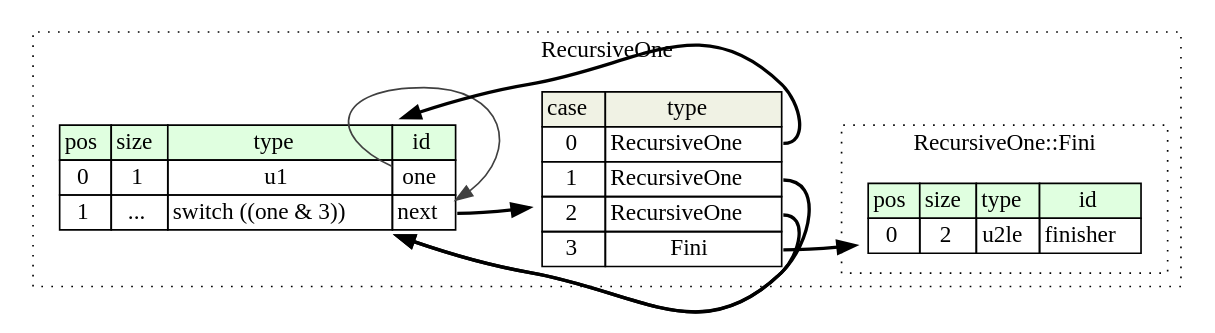
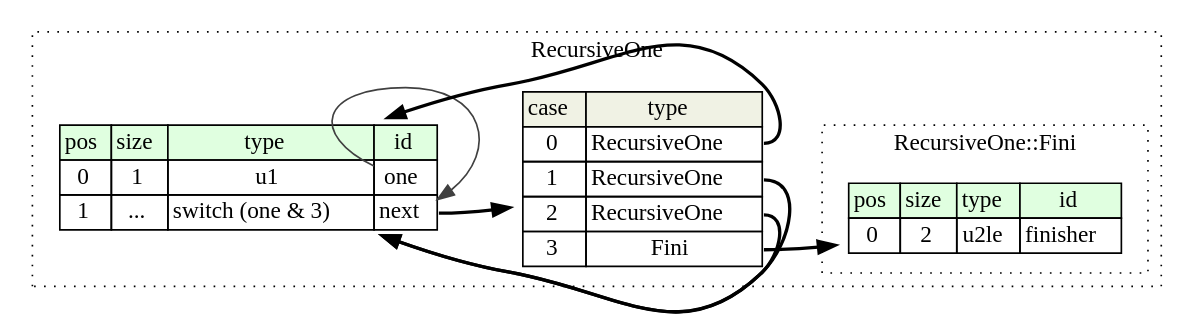
The diagram in compiled/graphviz/recursive_one.dot (kaitai-io/ci_targets), drawn with Graphviz before and after one commit. The commit also changed 530 other files, not shown here.

```diff
--- a/compiled/graphviz/recursive_one.dot
+++ b/compiled/graphviz/recursive_one.dot
@@ -1,36 +1,36 @@
 digraph {
 	rankdir=LR;
 	node [shape=plaintext];
 	subgraph cluster__recursive_one {
 		label="RecursiveOne";
 		graph[style=dotted];
 
 		recursive_one__seq [label=<<TABLE BORDER="0" CELLBORDER="1" CELLSPACING="0">
 			<TR><TD BGCOLOR="#E0FFE0">pos</TD><TD BGCOLOR="#E0FFE0">size</TD><TD BGCOLOR="#E0FFE0">type</TD><TD BGCOLOR="#E0FFE0">id</TD></TR>
 			<TR><TD PORT="one_pos">0</TD><TD PORT="one_size">1</TD><TD>u1</TD><TD PORT="one_type">one</TD></TR>
-			<TR><TD PORT="next_pos">1</TD><TD PORT="next_size">...</TD><TD>switch ((one &amp; 3))</TD><TD PORT="next_type">next</TD></TR>
+			<TR><TD PORT="next_pos">1</TD><TD PORT="next_size">...</TD><TD>switch (one &amp; 3)</TD><TD PORT="next_type">next</TD></TR>
 		</TABLE>>];
 recursive_one__seq_next_switch [label=<<TABLE BORDER="0" CELLBORDER="1" CELLSPACING="0">
 	<TR><TD BGCOLOR="#F0F2E4">case</TD><TD BGCOLOR="#F0F2E4">type</TD></TR>
 	<TR><TD>0</TD><TD PORT="case0">RecursiveOne</TD></TR>
 	<TR><TD>1</TD><TD PORT="case1">RecursiveOne</TD></TR>
 	<TR><TD>2</TD><TD PORT="case2">RecursiveOne</TD></TR>
 	<TR><TD>3</TD><TD PORT="case3">Fini</TD></TR>
 </TABLE>>];
 		subgraph cluster__fini {
 			label="RecursiveOne::Fini";
 			graph[style=dotted];
 
 			fini__seq [label=<<TABLE BORDER="0" CELLBORDER="1" CELLSPACING="0">
 				<TR><TD BGCOLOR="#E0FFE0">pos</TD><TD BGCOLOR="#E0FFE0">size</TD><TD BGCOLOR="#E0FFE0">type</TD><TD BGCOLOR="#E0FFE0">id</TD></TR>
 				<TR><TD PORT="finisher_pos">0</TD><TD PORT="finisher_size">2</TD><TD>u2le</TD><TD PORT="finisher_type">finisher</TD></TR>
 			</TABLE>>];
 		}
 	}
 	recursive_one__seq:next_type -> recursive_one__seq_next_switch [style=bold];
 	recursive_one__seq_next_switch:case0 -> recursive_one__seq [style=bold];
 	recursive_one__seq_next_switch:case1 -> recursive_one__seq [style=bold];
 	recursive_one__seq_next_switch:case2 -> recursive_one__seq [style=bold];
 	recursive_one__seq_next_switch:case3 -> fini__seq [style=bold];
 	recursive_one__seq:one_type -> recursive_one__seq:next_type [color="#404040"];
 }
```
